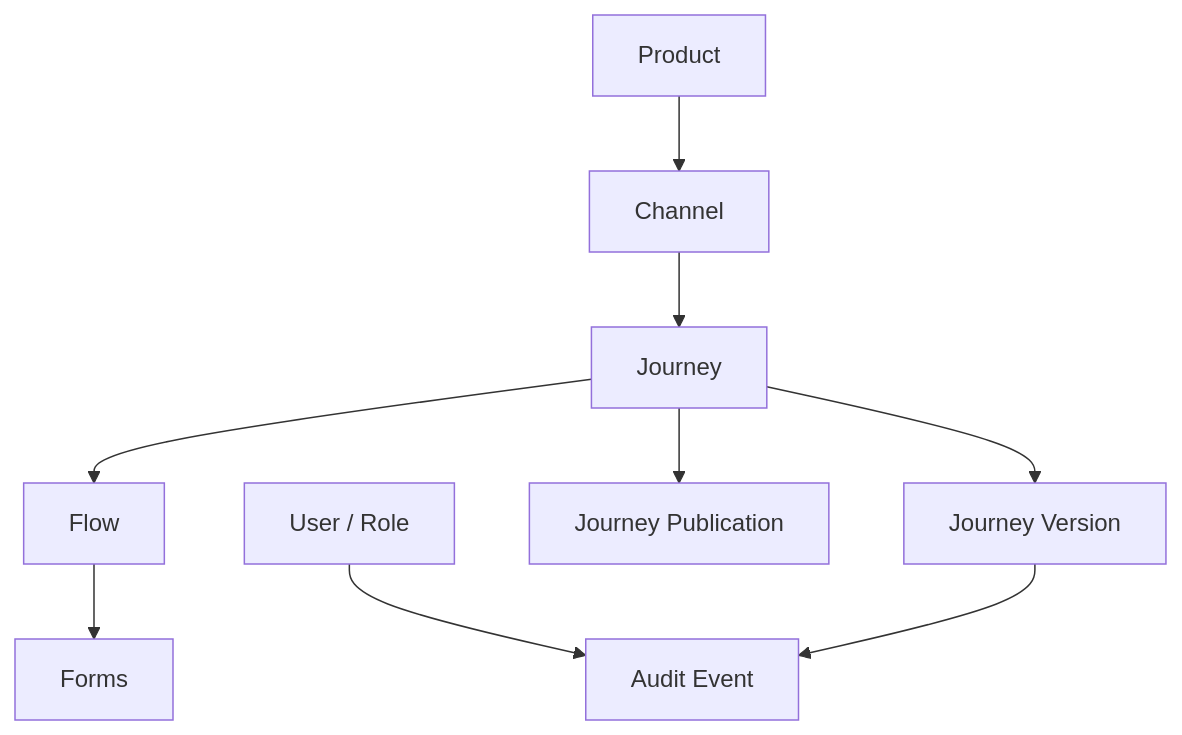
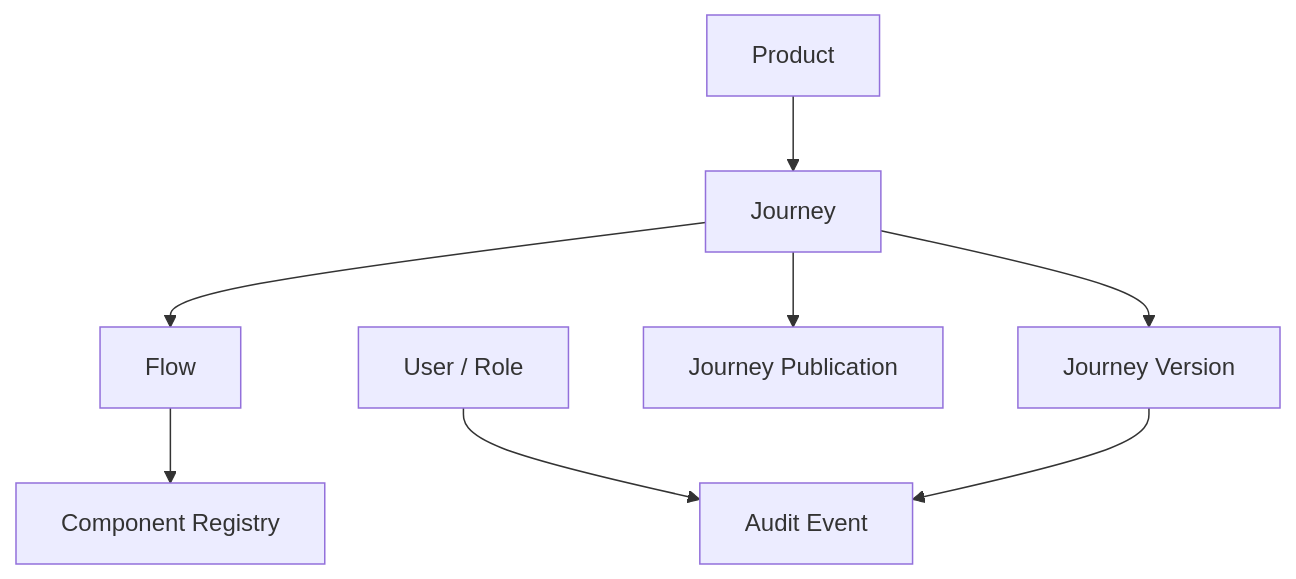
The first of 3 diagrams in requisitos/admin/ej-admin-modelo-dados-conceitual.md (hermesnet-git/journey-admin), drawn with Mermaid before and after one commit. The commit also changed other lines of this file and 230 other files, not shown here.

````diff
--- a/requisitos/admin/ej-admin-modelo-dados-conceitual.md
+++ b/requisitos/admin/ej-admin-modelo-dados-conceitual.md
@@ -57,21 +75,19 @@
 ```mermaid
 flowchart TD
     PRODUCT[Product]
-    CHANNEL[Channel]
     JOURNEY[Journey]
     FLOW[Flow]
-    FORMS[Forms]
+    COMPONENTS[Component Registry]
     VERSION[Journey Version]
     PUBLICATION[Journey Publication]
     USER[User / Role]
     AUDIT[Audit Event]
 
-    PRODUCT --> CHANNEL
-    CHANNEL --> JOURNEY
+    PRODUCT --> JOURNEY
     JOURNEY --> FLOW
     JOURNEY --> VERSION
     JOURNEY --> PUBLICATION
     USER --> AUDIT
     VERSION --> AUDIT
-    FLOW --> FORMS
+    FLOW --> COMPONENTS
 ```
````
